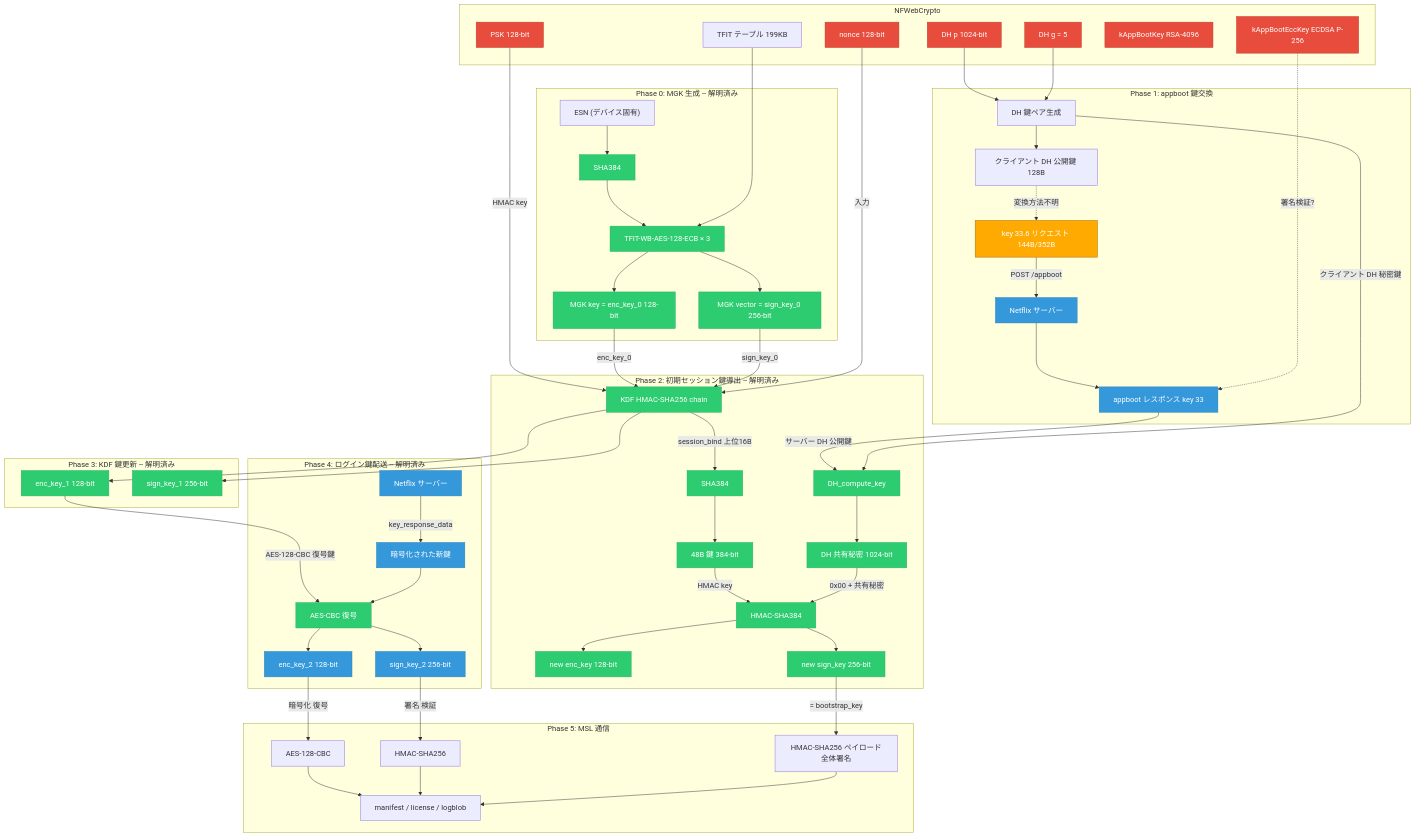
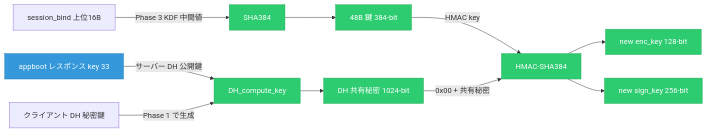
The third of 10 diagrams in docs/spec/msl_key_relationship.md (qtmleap/revkit), drawn with Mermaid before and after one commit. The commit also changed other lines of this file, not shown here.

Commit message:
docs(spec): 鍵関係図をフェーズ別に分割 — 1枚の巨大図から Phase 0〜5 の個別図へ

````diff
--- a/docs/spec/msl_key_relationship.md
+++ b/docs/spec/msl_key_relationship.md
@@ -10,104 +49,21 @@
 ```mermaid
-graph TD
-    subgraph NFWebCrypto
-        PSK["PSK 128-bit"]
-        NONCE_HARD["nonce 128-bit"]
-        DH_P["DH p 1024-bit"]
-        DH_G["DH g = 5"]
-        TFIT_TBL["TFIT テーブル 199KB"]
-        RSA_BOOT["kAppBootKey RSA-4096"]
-        ECC_BOOT["kAppBootEccKey ECDSA P-256"]
-    end
+graph LR
+    DH_RESP["appboot レスポンス key 33"] -->|サーバー DH 公開鍵| DH_COMPUTE["DH_compute_key"]
+    DH_PRIV["クライアント DH 秘密鍵"] -->|Phase 1 で生成| DH_COMPUTE
+    DH_COMPUTE --> DH_SHARED["DH 共有秘密 1024-bit"]
+    SB_IN["session_bind 上位16B"] -->|Phase 3 KDF 中間値| SHA384_OP["SHA384"]
+    SHA384_OP --> KEY48["48B 鍵 384-bit"]
+    KEY48 -->|HMAC key| PHASE2_KDF["HMAC-SHA384"]
+    DH_SHARED -->|0x00 + 共有秘密| PHASE2_KDF
+    PHASE2_KDF --> NEW_ENC["new enc_key 128-bit"]
+    PHASE2_KDF --> NEW_SIGN["new sign_key 256-bit"]
 
-    subgraph Phase0["Phase 0: MGK 生成 -- 解明済み"]
-        ESN["ESN (デバイス固有)"] --> SHA384_ESN["SHA384"]
-        SHA384_ESN --> TFIT_ECB["TFIT-WB-AES-128-ECB × 3"]
-        TFIT_TBL --> TFIT_ECB
-        TFIT_ECB --> MGK_ENC["MGK key = enc_key_0 128-bit"]
-        TFIT_ECB --> MGK_SIGN["MGK vector = sign_key_0 256-bit"]
-    end
-
-    subgraph Phase1["Phase 1: appboot 鍵交換"]
-        DH_P --> DH_GEN["DH 鍵ペア生成"]
-        DH_G --> DH_GEN
-        DH_GEN --> DH_PUB["クライアント DH 公開鍵 128B"]
-        DH_PUB -.->|変換方法不明| KEY336_REQ["key 33.6 リクエスト 144B/352B"]
-        KEY336_REQ -->|POST /appboot| SERVER["Netflix サーバー"]
-        SERVER --> DH_RESP["appboot レスポンス key 33"]
-        ECC_BOOT -.->|署名検証?| DH_RESP
-    end
-
-    subgraph Phase2["Phase 2: 初期セッション鍵導出 -- 解明済み"]
-        DH_RESP -->|サーバー DH 公開鍵| DH_COMPUTE["DH_compute_key"]
-        DH_GEN -->|クライアント DH 秘密鍵| DH_COMPUTE
-        DH_COMPUTE --> DH_SHARED["DH 共有秘密 1024-bit"]
-        KDF -->|session_bind 上位16B| SHA384_OP["SHA384"]
-        SHA384_OP --> KEY48["48B 鍵 384-bit"]
-        KEY48 -->|HMAC key| PHASE2_KDF["HMAC-SHA384"]
-        DH_SHARED -->|0x00 + 共有秘密| PHASE2_KDF
-        PHASE2_KDF --> NEW_ENC["new enc_key 128-bit"]
-        PHASE2_KDF --> NEW_SIGN["new sign_key 256-bit"]
-    end
-
-    subgraph Phase3["Phase 3: KDF 鍵更新 -- 解明済み"]
-        PSK -->|HMAC key| KDF["KDF HMAC-SHA256 chain"]
-        MGK_ENC -->|enc_key_0| KDF
-        MGK_SIGN -->|sign_key_0| KDF
-        NONCE_HARD -->|入力| KDF
-        KDF --> ENC1["enc_key_1 128-bit"]
-        KDF --> SIGN1["sign_key_1 256-bit"]
-    end
-
-    subgraph Phase4["Phase 4: ログイン鍵配送 -- 解明済み"]
-        SERVER2["Netflix サーバー"] -->|key_response_data| KRD["暗号化された新鍵"]
-        ENC1 -->|AES-128-CBC 復号鍵| DECRYPT["AES-CBC 復号"]
-        KRD --> DECRYPT
-        DECRYPT --> ENC2["enc_key_2 128-bit"]
-        DECRYPT --> SIGN2["sign_key_2 256-bit"]
-    end
-
-    subgraph Phase5["Phase 5: MSL 通信"]
-        ENC2 -->|暗号化 復号| MSL_ENC["AES-128-CBC"]
-        SIGN2 -->|署名 検証| MSL_SIGN["HMAC-SHA256"]
-        NEW_SIGN -->|= bootstrap_key| MSL_SIGN2["HMAC-SHA256 ペイロード全体署名"]
-        MSL_ENC --> PAYLOAD["manifest / license / logblob"]
-        MSL_SIGN --> PAYLOAD
-        MSL_SIGN2 --> PAYLOAD
-    end
-
-    %% 赤: バイナリ埋め込み
-    style PSK fill:#e74c3c,stroke:#c0392b,color:#fff
-    style NONCE_HARD fill:#e74c3c,stroke:#c0392b,color:#fff
-    style DH_P fill:#e74c3c,stroke:#c0392b,color:#fff
-    style DH_G fill:#e74c3c,stroke:#c0392b,color:#fff
-    style RSA_BOOT fill:#e74c3c,stroke:#c0392b,color:#fff
-    style ECC_BOOT fill:#e74c3c,stroke:#c0392b,color:#fff
-
-    %% 青: サーバーレスポンス由来
-    style SERVER fill:#3498db,stroke:#2980b9,color:#fff
-    style SERVER2 fill:#3498db,stroke:#2980b9,color:#fff
     style DH_RESP fill:#3498db,stroke:#2980b9,color:#fff
-    style KRD fill:#3498db,stroke:#2980b9,color:#fff
-    style ENC2 fill:#3498db,stroke:#2980b9,color:#fff
-    style SIGN2 fill:#3498db,stroke:#2980b9,color:#fff
-
-    %% 緑: 解明済み (Python で計算可能)
-    style KDF fill:#2ecc71,stroke:#27ae60,color:#fff
+    style DH_COMPUTE fill:#2ecc71,stroke:#27ae60,color:#fff
+    style DH_SHARED fill:#2ecc71,stroke:#27ae60,color:#fff
+    style SHA384_OP fill:#2ecc71,stroke:#27ae60,color:#fff
+    style KEY48 fill:#2ecc71,stroke:#27ae60,color:#fff
     style PHASE2_KDF fill:#2ecc71,stroke:#27ae60,color:#fff
-    style DH_COMPUTE fill:#2ecc71,stroke:#27ae60,color:#fff
-    style MGK_ENC fill:#2ecc71,stroke:#27ae60,color:#fff
-    style MGK_SIGN fill:#2ecc71,stroke:#27ae60,color:#fff
     style NEW_ENC fill:#2ecc71,stroke:#27ae60,color:#fff
     style NEW_SIGN fill:#2ecc71,stroke:#27ae60,color:#fff
-    style ENC1 fill:#2ecc71,stroke:#27ae60,color:#fff
-    style SIGN1 fill:#2ecc71,stroke:#27ae60,color:#fff
-    style DECRYPT fill:#2ecc71,stroke:#27ae60,color:#fff
-    style DH_SHARED fill:#2ecc71,stroke:#27ae60,color:#fff
-    style KEY48 fill:#2ecc71,stroke:#27ae60,color:#fff
-    style SHA384_OP fill:#2ecc71,stroke:#27ae60,color:#fff
-    style SHA384_ESN fill:#2ecc71,stroke:#27ae60,color:#fff
-    style TFIT_ECB fill:#2ecc71,stroke:#27ae60,color:#fff
-
-    %% オレンジ: 由来不明
-    style KEY336_REQ fill:#fa0,stroke:#a60,color:#fff
 ```
````
